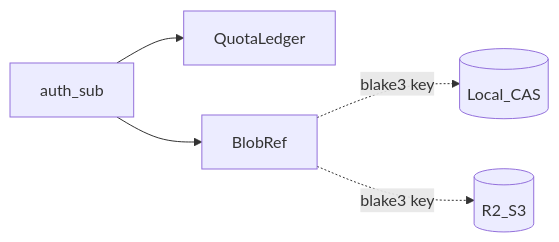
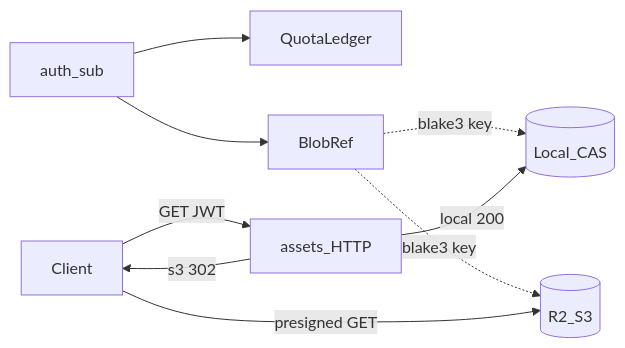
The diagram in .workspace/0_doc/architecture/assets-server.md (FRICK-ELDY/alchemy), drawn with Mermaid before and after one commit. The commit also changed other lines of this file and 22 other files, not shown here.

````diff
--- a/.workspace/0_doc/architecture/assets-server.md
+++ b/.workspace/0_doc/architecture/assets-server.md
@@ -48,7 +49,11 @@
 ```mermaid
 flowchart LR
   UserRef[auth_sub] --> QuotaLedger
   UserRef --> BlobRef
   BlobRef -.->|"blake3 key"| CASLocal[(Local_CAS)]
   BlobRef -.->|"blake3 key"| CASR2[(R2_S3)]
+  Client -->|"GET JWT"| API[assets_HTTP]
+  API -->|"local 200"| CASLocal
+  API -->|"s3 302"| Client
+  Client -->|"presigned GET"| CASR2
 ```
````
